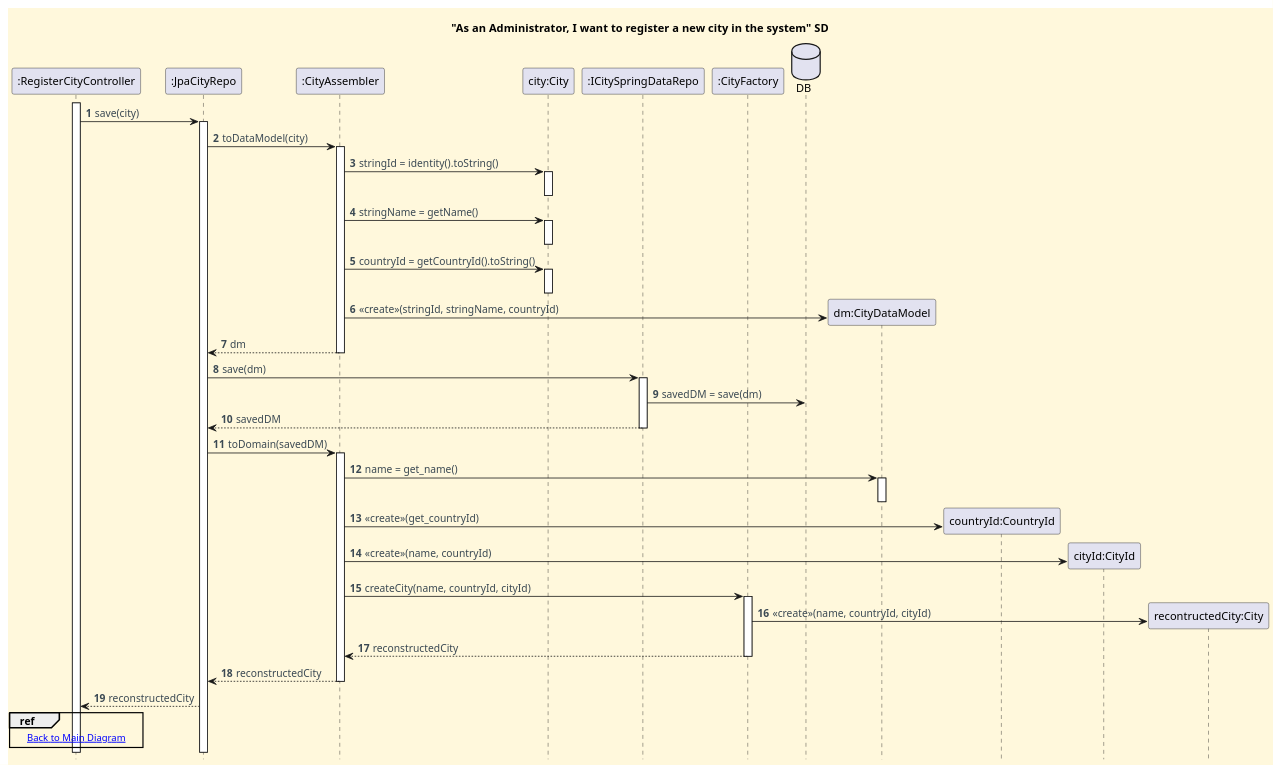
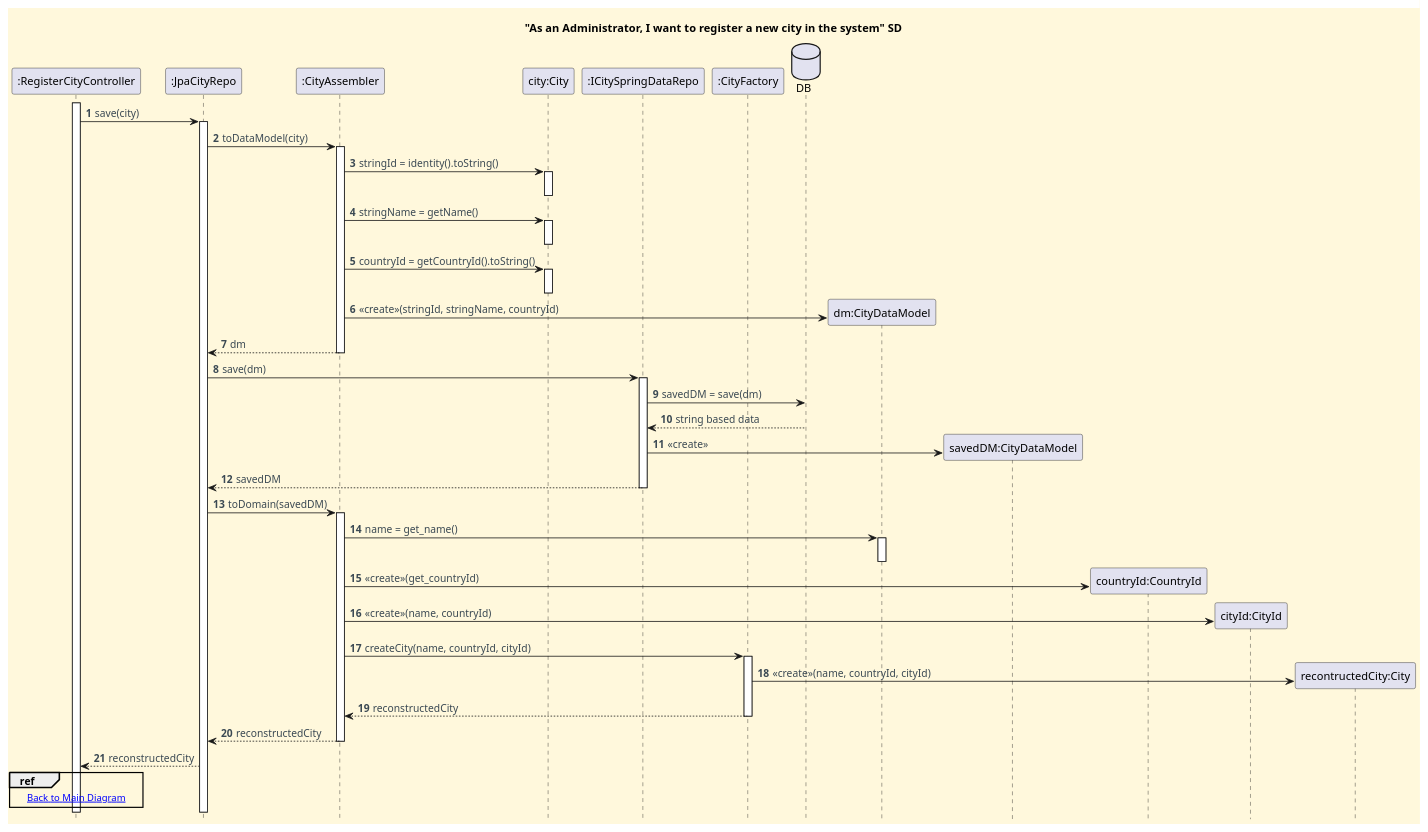
Before and after one commit to CarolinaLeite-collab/JavaMarketplacePlatform: the diagram in docs/functionalities/admin/register-city/sd-ref-diagrams/Save_City.puml, drawn with PlantUML. The commit also changed 2 other files, not shown here.

```diff
--- a/docs/functionalities/admin/register-city/sd-ref-diagrams/Save_City.puml
+++ b/docs/functionalities/admin/register-city/sd-ref-diagrams/Save_City.puml
@@ -1,78 +1,81 @@
 @startuml
 '==== Title ====
 title "As an Administrator, I want to register a new city in the system" SD
 
 '==== basic style ====
 skinparam monochrome false
 skinparam shadowing false
 skinparam defaultFontName Futura
 skinparam objectFontSize 20
 skinparam backgroundColor CornSilk
 skinparam objectBackgroundColor WhiteSmoke
 skinparam noteBackgroundColor #FFFFE0
 skinparam ArrowFontColor #3B4953
 skinparam ActivationBackgroundColor black
 hidefootbox
 autonumber
 
 participant ":RegisterCityController" as CTL
 participant ":JpaCityRepo" as JPA
 participant ":CityAssembler" as CASS
 participant "city:City" as CITY
 participant ":ICitySpringDataRepo" as SDREPO
 participant ":CityFactory" as FACTORY
 database "DB" as DB
 
 activate CTL
 CTL -> JPA : save(city)
 activate JPA
 JPA -> CASS : toDataModel(city)
 activate CASS
 CASS -> CITY : stringId = identity().toString()
 activate CITY
 deactivate CITY
 CASS -> CITY : stringName = getName()
 activate CITY
 deactivate CITY
 CASS -> CITY : countryId = getCountryId().toString()
 activate CITY
 deactivate CITY
 create "dm:CityDataModel"
 CASS -> "dm:CityDataModel" : <<create>>(stringId, stringName, countryId)
 CASS --> JPA : dm
 deactivate CASS
 
 JPA -> SDREPO : save(dm)
 activate SDREPO
 SDREPO -> DB : savedDM = save(dm)
+DB --> SDREPO : string based data
+create "savedDM:CityDataModel"
+SDREPO -> "savedDM:CityDataModel" : <<create>>
 SDREPO --> JPA : savedDM
 deactivate SDREPO
 
 JPA -> CASS : toDomain(savedDM)
 activate CASS
 CASS -> "dm:CityDataModel" : name = get_name()
 activate "dm:CityDataModel"
 deactivate "dm:CityDataModel"
 create "countryId:CountryId"
 CASS -> "countryId:CountryId" : <<create>>(get_countryId)
 create "cityId:CityId"
 CASS -> "cityId:CityId" : <<create>>(name, countryId)
 CASS -> FACTORY : createCity(name, countryId, cityId)
 create "recontructedCity:City"
 activate FACTORY
 FACTORY -> "recontructedCity:City" : <<create>>(name, countryId, cityId)
 FACTORY --> CASS : reconstructedCity
 deactivate FACTORY
 CASS --> JPA : reconstructedCity
 deactivate CASS
 JPA --> CTL : reconstructedCity
 
 ref over CTL
 [[../Register_City_SD.puml Back to Main Diagram]]
 end ref
 
 
 
 
 
 @enduml
```
